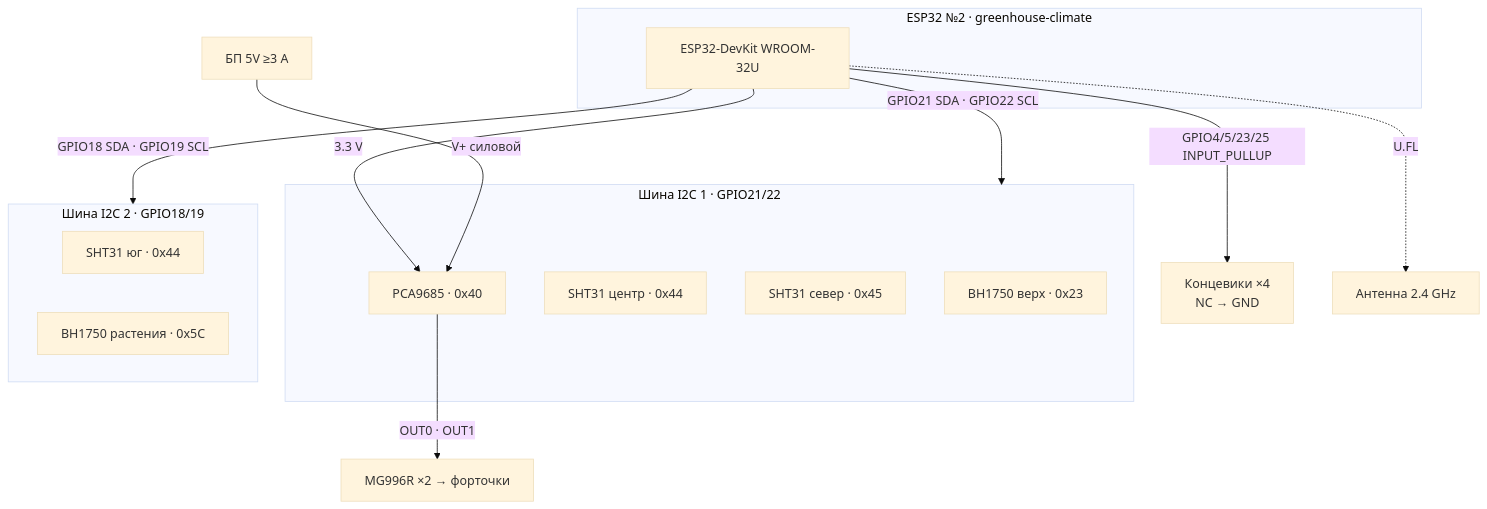
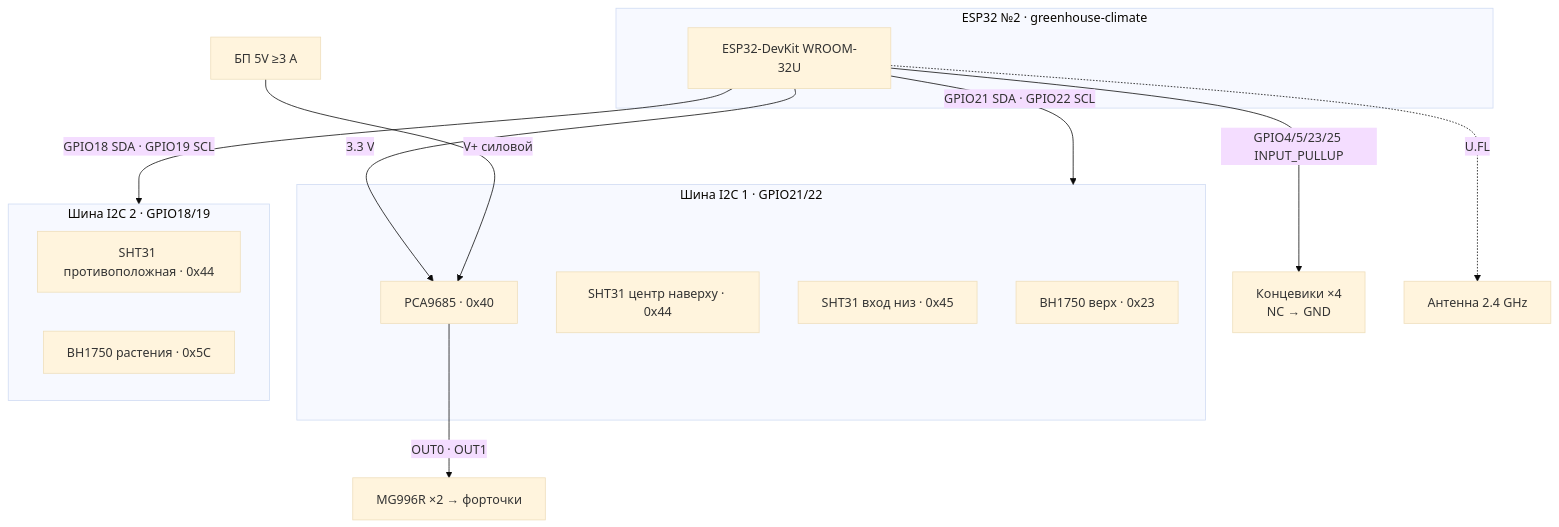
One commit to TiunovNN/smart-greenhouse changed the second of 6 diagrams in docs/04-esp32-and-cabinet.md. Above: the diagram before and after it, drawn with Mermaid (base theme). The commit also changed other lines of this file and 8 other files, not shown here.

````diff
--- a/docs/04-esp32-and-cabinet.md
+++ b/docs/04-esp32-and-cabinet.md
@@ -107,27 +107,27 @@
 ```mermaid
 flowchart TB
   subgraph esp2["ESP32 №2 · greenhouse-climate"]
     E2["ESP32-DevKit WROOM-32U"]
   end
 
   E2 -->|"GPIO21 SDA · GPIO22 SCL"| BUS1
   E2 -->|"GPIO18 SDA · GPIO19 SCL"| BUS2
   E2 -->|"GPIO4/5/23/25 INPUT_PULLUP"| LIM["Концевики ×4<br/>NC → GND"]
   E2 -->|"3.3 V"| PCA
   E2 -.->|"U.FL"| ANT2["Антенна 2.4 GHz"]
 
   subgraph BUS1["Шина I2C 1 · GPIO21/22"]
-    SHT_C["SHT31 центр · 0x44"]
-    SHT_N["SHT31 север · 0x45"]
+    SHT_TOP["SHT31 центр наверху · 0x44"]
+    SHT_ENT["SHT31 вход низ · 0x45"]
     BH_TOP["BH1750 верх · 0x23"]
     PCA["PCA9685 · 0x40"]
   end
 
   subgraph BUS2["Шина I2C 2 · GPIO18/19"]
-    SHT_S["SHT31 юг · 0x44"]
+    SHT_OPP["SHT31 противоположная · 0x44"]
     BH_PL["BH1750 растения · 0x5C"]
   end
 
   PWR_SVC["БП 5V ≥3 A"] -->|"V+ силовой"| PCA
   PCA -->|"OUT0 · OUT1"| SERVO["MG996R ×2 → форточки"]
 ```
````
